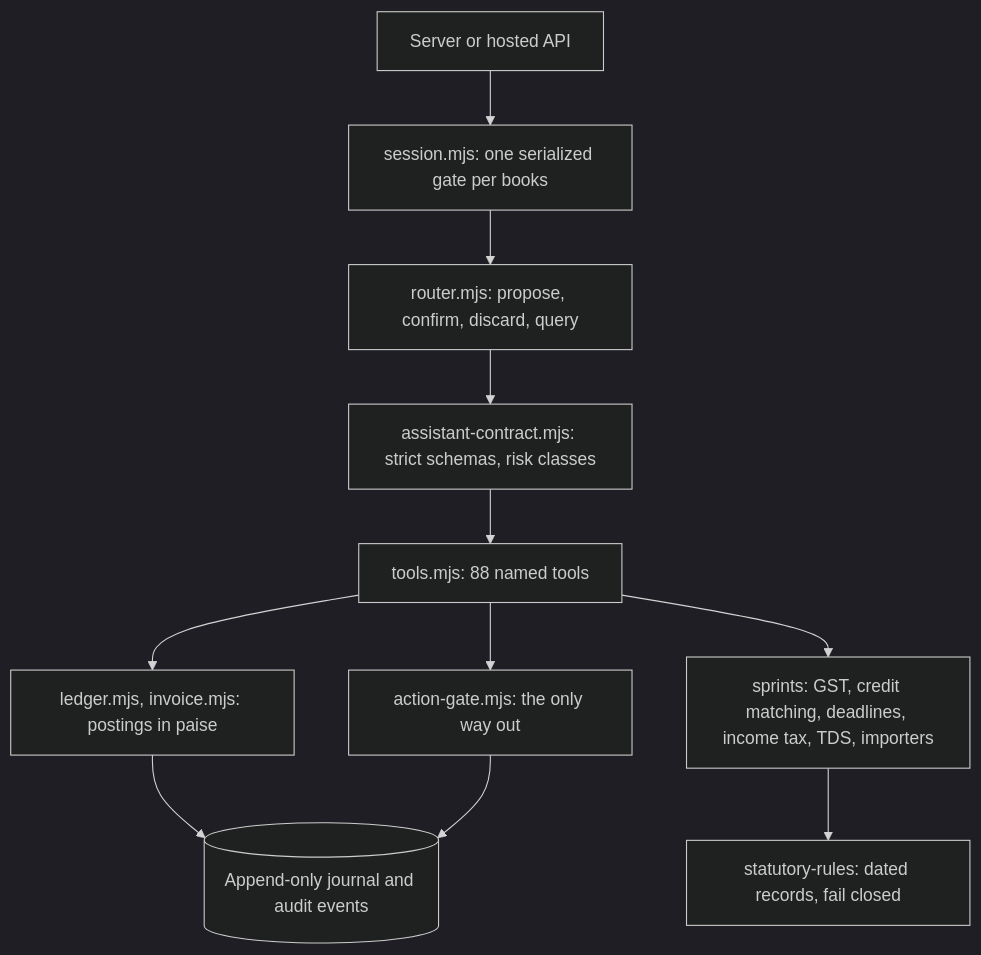
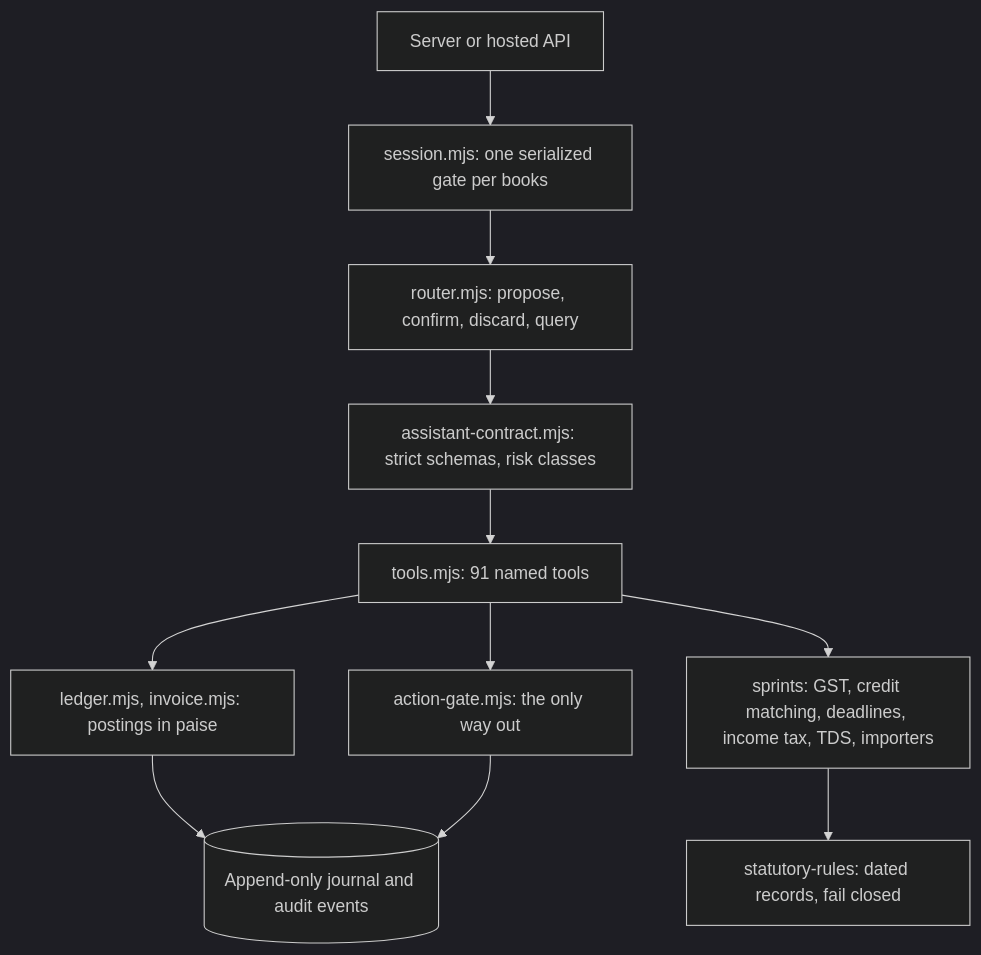
One commit to Vidyuthlabstechnologies/myca changed the second of 3 diagrams in docs/architecture/ARCHITECTURE.md. Above: the diagram before and after it, drawn with Mermaid (dark theme). The commit also changed other lines of this file and 20 other files, not shown here.

````diff
--- a/docs/architecture/ARCHITECTURE.md
+++ b/docs/architecture/ARCHITECTURE.md
@@ -56,13 +56,13 @@
 ```mermaid
 flowchart TD
   caller[Server or hosted API] --> session[session.mjs: one serialized gate per books]
   session --> router[router.mjs: propose, confirm, discard, query]
   router --> contract[assistant-contract.mjs: strict schemas, risk classes]
-  contract --> tools[tools.mjs: 88 named tools]
+  contract --> tools[tools.mjs: 91 named tools]
   tools --> ledger[ledger.mjs, invoice.mjs: postings in paise]
   tools --> engines[sprints: GST, credit matching, deadlines, income tax, TDS, importers]
   tools --> gate[action-gate.mjs: the only way out]
   engines --> rules[statutory-rules: dated records, fail closed]
   ledger --> journal[(Append-only journal and audit events)]
   gate --> journal
 ```
````
